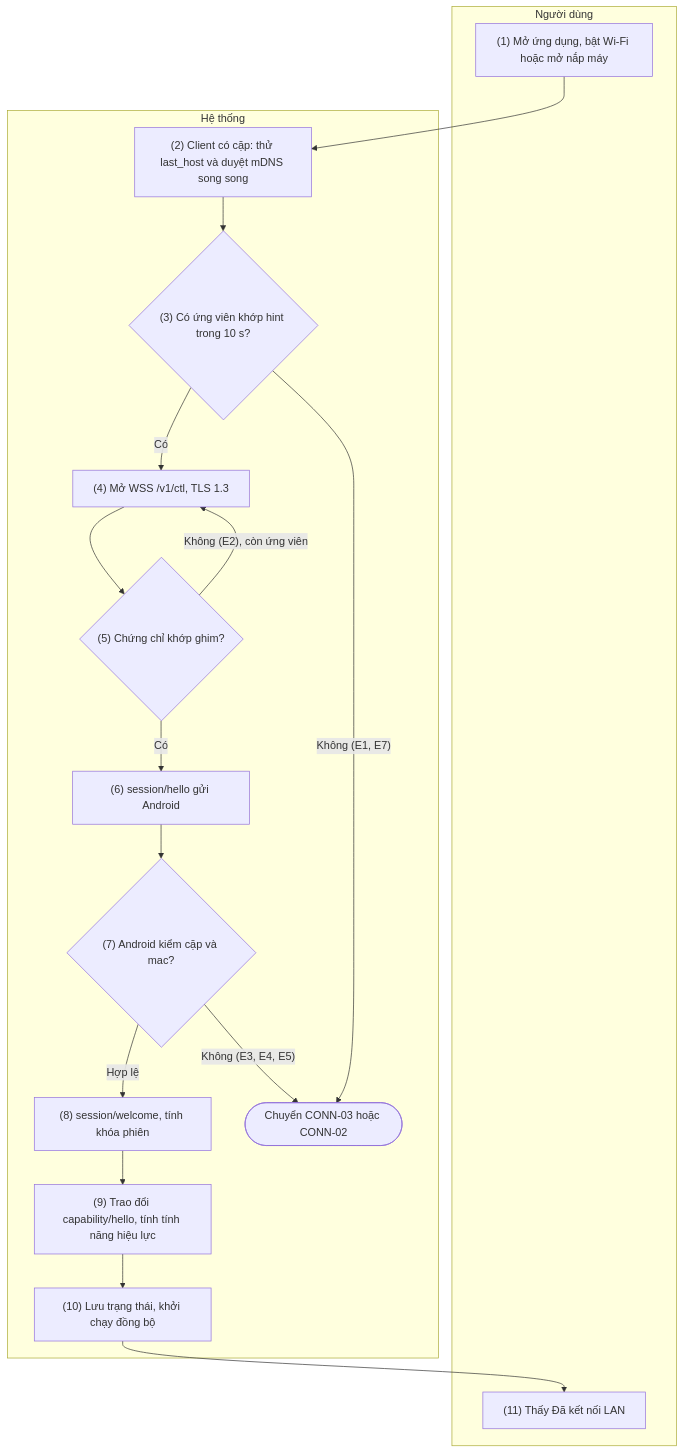
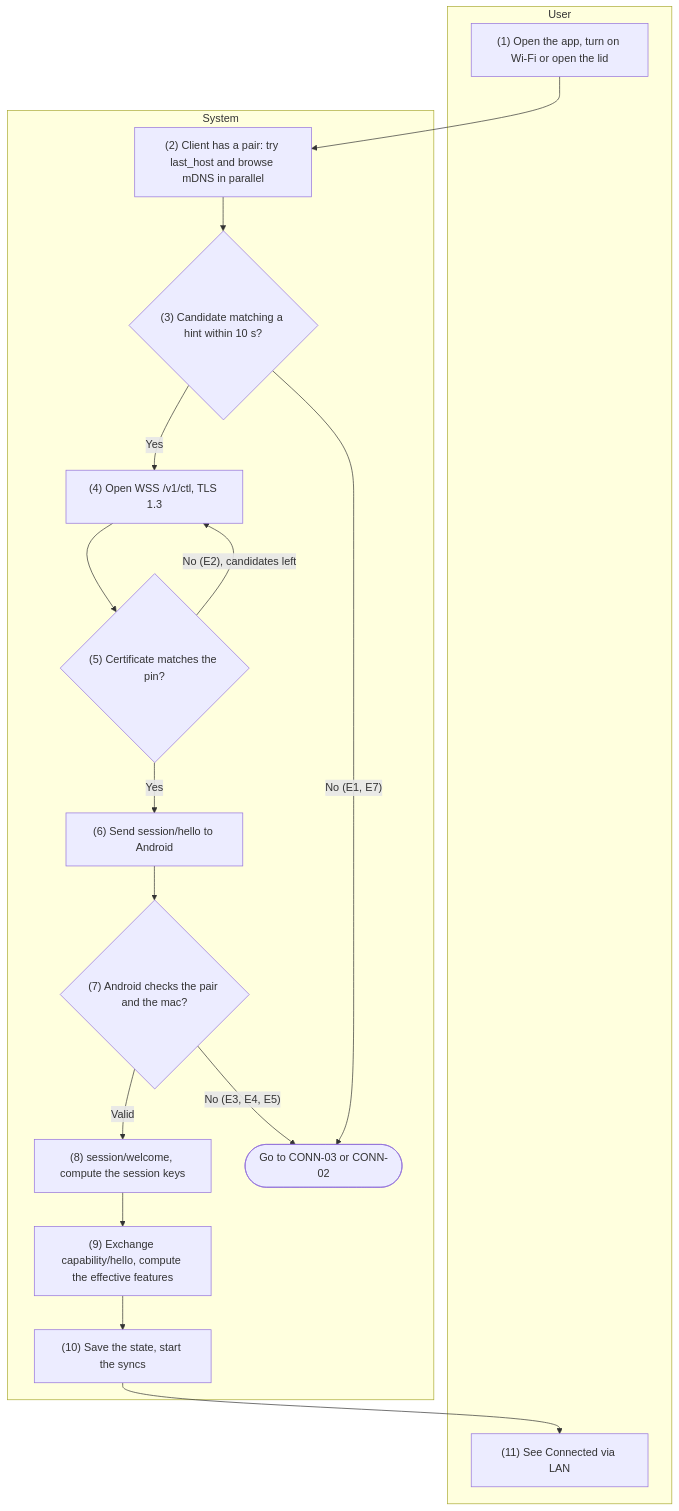
One commit to HandLive/handlive changed the first of 4 diagrams in docs/detailed-design/03-connectivity.md. Above: the diagram before and after it, drawn with Mermaid. The commit also changed other lines of this file and 1 other file, not shown here.

````diff
--- a/docs/detailed-design/03-connectivity.md
+++ b/docs/detailed-design/03-connectivity.md
@@ -39,26 +41,26 @@
 ```mermaid
 flowchart TB
-  subgraph ND["Người dùng"]
-    U1["(1) Mở ứng dụng, bật Wi-Fi hoặc mở nắp máy"]
-    U11["(11) Thấy Đã kết nối LAN"]
+  subgraph ND["User"]
+    U1["(1) Open the app, turn on Wi-Fi or open the lid"]
+    U11["(11) See Connected via LAN"]
   end
-  subgraph HT["Hệ thống"]
-    S2["(2) Client có cặp: thử last_host và duyệt mDNS song song"]
-    D3{"(3) Có ứng viên khớp hint trong 10 s?"}
-    S4["(4) Mở WSS /v1/ctl, TLS 1.3"]
-    D5{"(5) Chứng chỉ khớp ghim?"}
-    S6["(6) session/hello gửi Android"]
-    D7{"(7) Android kiểm cặp và mac?"}
-    S8["(8) session/welcome, tính khóa phiên"]
-    S9["(9) Trao đổi capability/hello, tính tính năng hiệu lực"]
-    S10["(10) Lưu trạng thái, khởi chạy đồng bộ"]
-    X1(["Chuyển CONN-03 hoặc CONN-02"])
+  subgraph HT["System"]
+    S2["(2) Client has a pair: try last_host and browse mDNS in parallel"]
+    D3{"(3) Candidate matching a hint within 10 s?"}
+    S4["(4) Open WSS /v1/ctl, TLS 1.3"]
+    D5{"(5) Certificate matches the pin?"}
+    S6["(6) Send session/hello to Android"]
+    D7{"(7) Android checks the pair and the mac?"}
+    S8["(8) session/welcome, compute the session keys"]
+    S9["(9) Exchange capability/hello, compute the effective features"]
+    S10["(10) Save the state, start the syncs"]
+    X1(["Go to CONN-03 or CONN-02"])
   end
   U1 --> S2 --> D3
-  D3 -- "Có" --> S4 --> D5
-  D3 -- "Không (E1, E7)" --> X1
-  D5 -- "Có" --> S6 --> D7
-  D5 -- "Không (E2), còn ứng viên" --> S4
-  D7 -- "Hợp lệ" --> S8 --> S9 --> S10 --> U11
-  D7 -- "Không (E3, E4, E5)" --> X1
+  D3 -- "Yes" --> S4 --> D5
+  D3 -- "No (E1, E7)" --> X1
+  D5 -- "Yes" --> S6 --> D7
+  D5 -- "No (E2), candidates left" --> S4
+  D7 -- "Valid" --> S8 --> S9 --> S10 --> U11
+  D7 -- "No (E3, E4, E5)" --> X1
 ```
````
